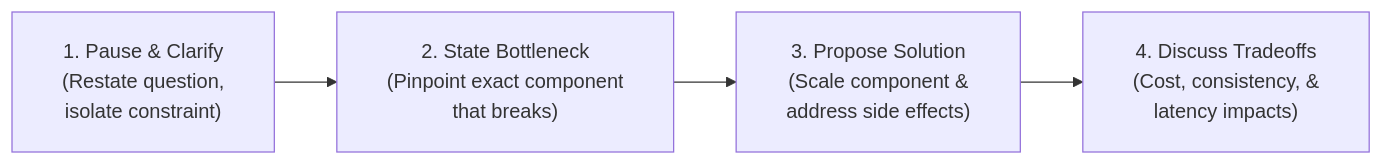
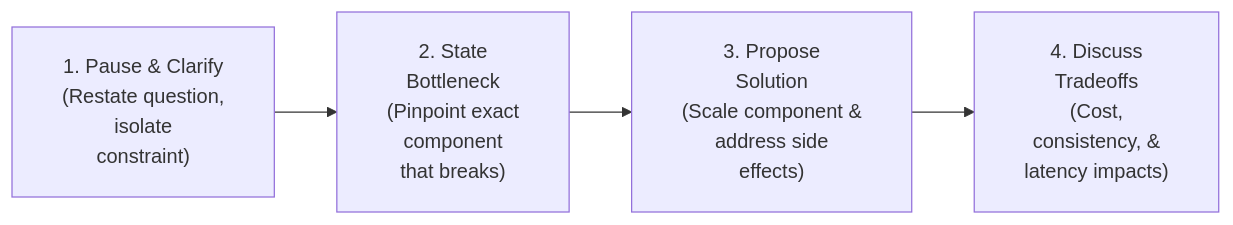
One commit to dip4k/DSA_102 changed the third of 3 diagrams in LLD/00_Core_Concepts/10_Interview_Quick_Reference_and_Checklists.md. Above: the diagram before and after it, drawn with Mermaid. The commit also changed other lines of this file and 106 other files, not shown here.

First line of the commit message:
fix(mermaid): prevent text clipping with foreignObject overflow and tighter line wrapping

````diff
--- a/LLD/00_Core_Concepts/10_Interview_Quick_Reference_and_Checklists.md
+++ b/LLD/00_Core_Concepts/10_Interview_Quick_Reference_and_Checklists.md
@@ -283,7 +283,7 @@
 ```mermaid
-%%{init: {"flowchart": {"htmlLabels": true, "padding": 20}}}%%
+%%{init: {"flowchart": {"htmlLabels": true, "padding": 20}, "themeCSS": "foreignObject { overflow: visible !important; }"}}%%
 flowchart LR
-    A["1. Pause & Clarify<br/>(Restate question,<br/>isolate constraint)"] --> B["2. State Bottleneck<br/>(Pinpoint exact component<br/>that breaks)"]
-    B --> C["3. Propose Solution<br/>(Scale component &<br/>address side effects)"]
-    C --> D["4. Discuss Tradeoffs<br/>(Cost, consistency, &<br/>latency impacts)"]
+    A["1. Pause & Clarify<br/>(Restate question,<br/>isolate<br/>constraint)"] --> B["2. State<br/>Bottleneck<br/>(Pinpoint exact<br/>component<br/>that breaks)"]
+    B --> C["3. Propose<br/>Solution<br/>(Scale component &<br/>address side<br/>effects)"]
+    C --> D["4. Discuss<br/>Tradeoffs<br/>(Cost,<br/>consistency, &<br/>latency impacts)"]
 ```
````
